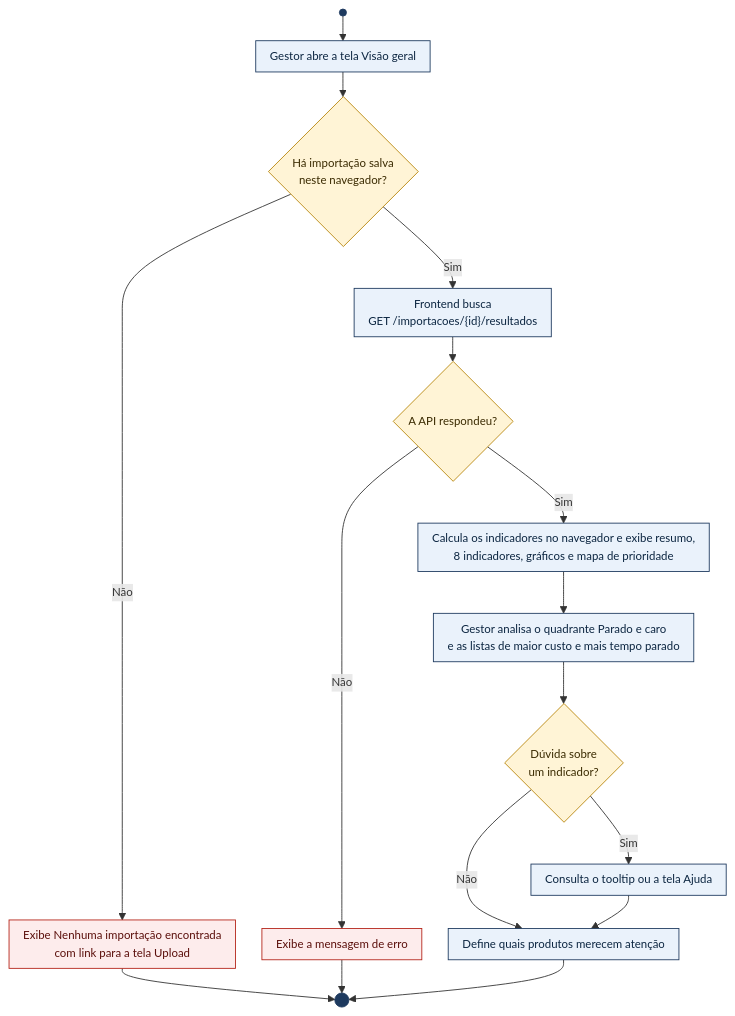
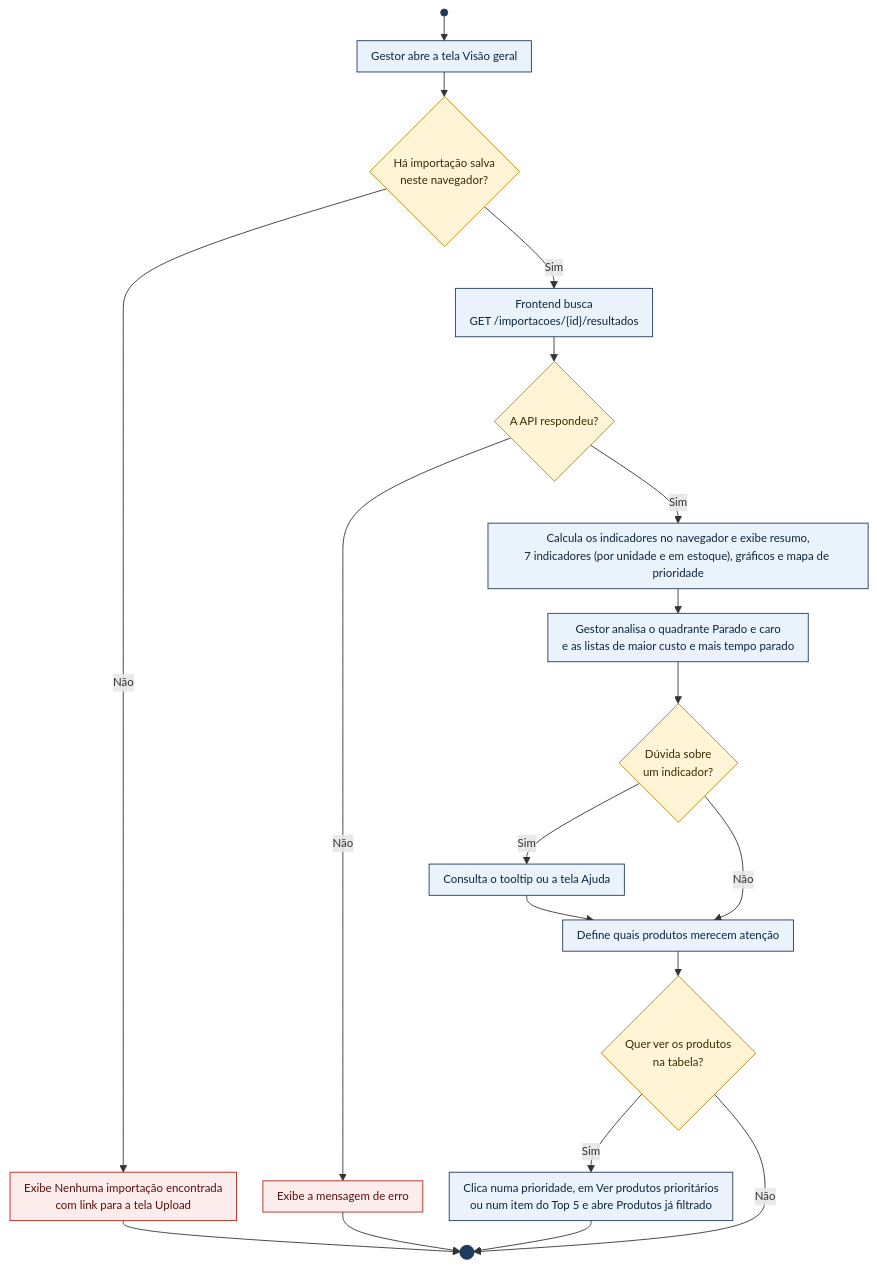
One commit to weillerjulia/StockWise changed the second of 7 diagrams in README.md. Above: the diagram before and after it, drawn with Mermaid. The commit also changed other lines of this file and 6 other files, not shown here.

````diff
--- a/README.md
+++ b/README.md
@@ -252,28 +253,31 @@
 ```mermaid
 %%{init: {"themeVariables": {"fontSize": "13px"}, "flowchart": {"wrappingWidth": 400, "rankSpacing": 28, "nodeSpacing": 30, "padding": 8}}}%%
 flowchart TD
     inicio(( )) --> b1["Gestor abre a tela Visão geral"]
     b1 --> d1{"Há importação salva<br/>neste navegador?"}
     d1 -- Não --> b2["Exibe Nenhuma importação encontrada<br/>com link para a tela Upload"]
     d1 -- Sim --> b3["Frontend busca<br/>GET /importacoes/{id}/resultados"]
     b3 --> d2{"A API respondeu?"}
     d2 -- Não --> b4["Exibe a mensagem de erro"]
-    d2 -- Sim --> b5["Calcula os indicadores no navegador e exibe resumo,<br/>8 indicadores, gráficos e mapa de prioridade"]
+    d2 -- Sim --> b5["Calcula os indicadores no navegador e exibe resumo,<br/>7 indicadores (por unidade e em estoque), gráficos e mapa de prioridade"]
     b5 --> b6["Gestor analisa o quadrante Parado e caro<br/>e as listas de maior custo e mais tempo parado"]
     b6 --> d3{"Dúvida sobre<br/>um indicador?"}
     d3 -- Sim --> b7["Consulta o tooltip ou a tela Ajuda"]
     d3 -- Não --> b8["Define quais produtos merecem atenção"]
     b7 --> b8
-    b2 --> fim((( )))
+    b8 --> d4{"Quer ver os produtos<br/>na tabela?"}
+    d4 -- Sim --> b9["Clica numa prioridade, em Ver produtos prioritários<br/>ou num item do Top 5 e abre Produtos já filtrado"]
+    d4 -- Não --> fim((( )))
+    b9 --> fim
+    b2 --> fim
     b4 --> fim
-    b8 --> fim
 
     classDef marco fill:#1E3A5F,stroke:#1E3A5F
     classDef decisao fill:#FFF4D6,stroke:#B8860B,color:#3A2A00
     classDef acao fill:#EAF2FB,stroke:#1E3A5F,color:#0B2540
     classDef erro fill:#FDECEC,stroke:#B42318,color:#5A0E0A
     class inicio,fim marco
-    class d1,d2,d3 decisao
-    class b1,b3,b5,b6,b7,b8 acao
+    class d1,d2,d3,d4 decisao
+    class b1,b3,b5,b6,b7,b8,b9 acao
     class b2,b4 erro
 ```
````
